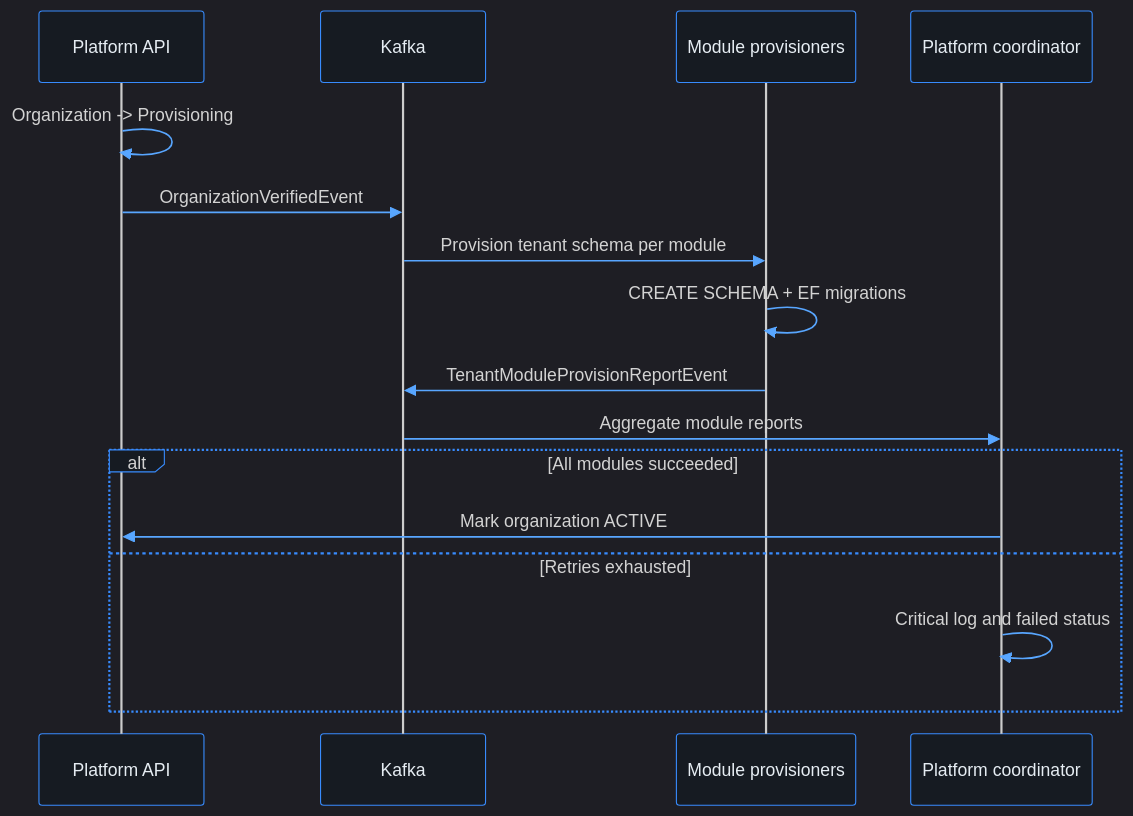
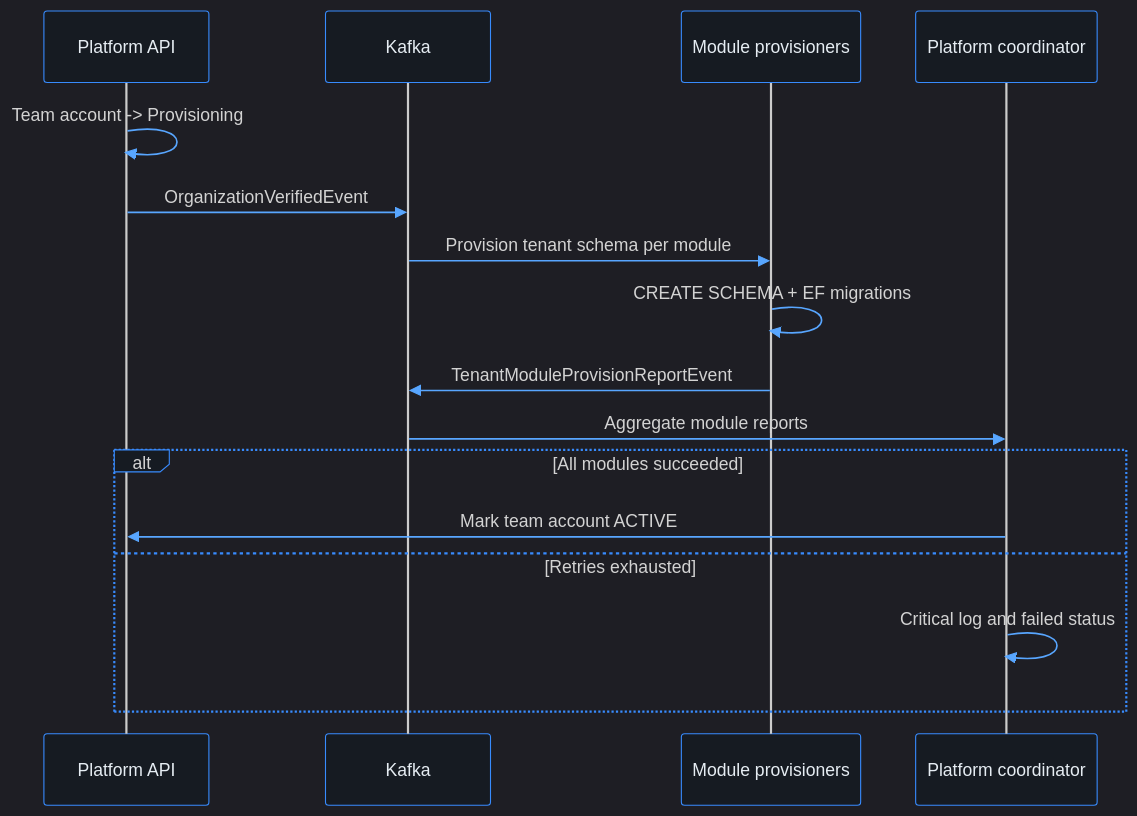
One commit to phuongnse/axis changed the third of 3 diagrams in docs/use-cases/platform-foundation/register-org/README.md. Above: the diagram before and after it, drawn with Mermaid. The commit also changed other lines of this file and 14 other files, not shown here.

Commit message:
fix(frontend): present org signup as team account

````diff
--- a/docs/use-cases/platform-foundation/register-org/README.md
+++ b/docs/use-cases/platform-foundation/register-org/README.md
@@ -186,20 +186,20 @@
 ```mermaid
 %%{init: {'theme':'dark','themeVariables':{'background':'#0d1117','mainBkg':'#0d1117','primaryColor':'#161b22','primaryBorderColor':'#388bfd','primaryTextColor':'#e6edf3','secondaryColor':'#21262d','secondaryBorderColor':'#388bfd','secondaryTextColor':'#e6edf3','tertiaryColor':'#161b22','tertiaryTextColor':'#e6edf3','lineColor':'#58a6ff','textColor':'#e6edf3','nodeBorder':'#388bfd','clusterBkg':'#161b22','clusterBorder':'#388bfd','titleColor':'#e6edf3','edgeLabelBackground':'#161b22','actorBkg':'#161b22','actorBorder':'#388bfd','actorTextColor':'#e6edf3','signalColor':'#58a6ff','labelBoxBkgColor':'#161b22','labelBoxBorderColor':'#388bfd','noteBkgColor':'#161b22','noteBorderColor':'#388bfd','noteTextColor':'#c9d1d9','activationBkgColor':'#30363d'}}}%%
 sequenceDiagram
   participant API as Platform API
   participant Kafka
   participant Mod as Module provisioners
   participant Coord as Platform coordinator
 
-  API->>API: Organization -> Provisioning
+  API->>API: Team account -> Provisioning
   API->>Kafka: OrganizationVerifiedEvent
   Kafka->>Mod: Provision tenant schema per module
   Mod->>Mod: CREATE SCHEMA + EF migrations
   Mod->>Kafka: TenantModuleProvisionReportEvent
   Kafka->>Coord: Aggregate module reports
   alt All modules succeeded
-    Coord->>API: Mark organization ACTIVE
+    Coord->>API: Mark team account ACTIVE
   else Retries exhausted
     Coord->>Coord: Critical log and failed status
   end
 ```
````
